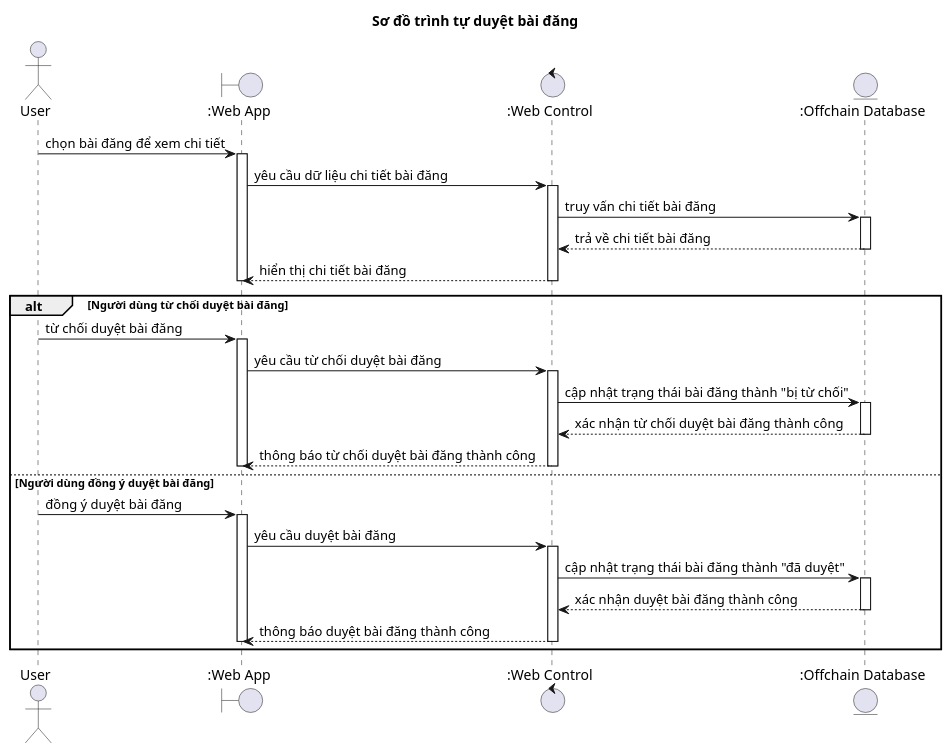
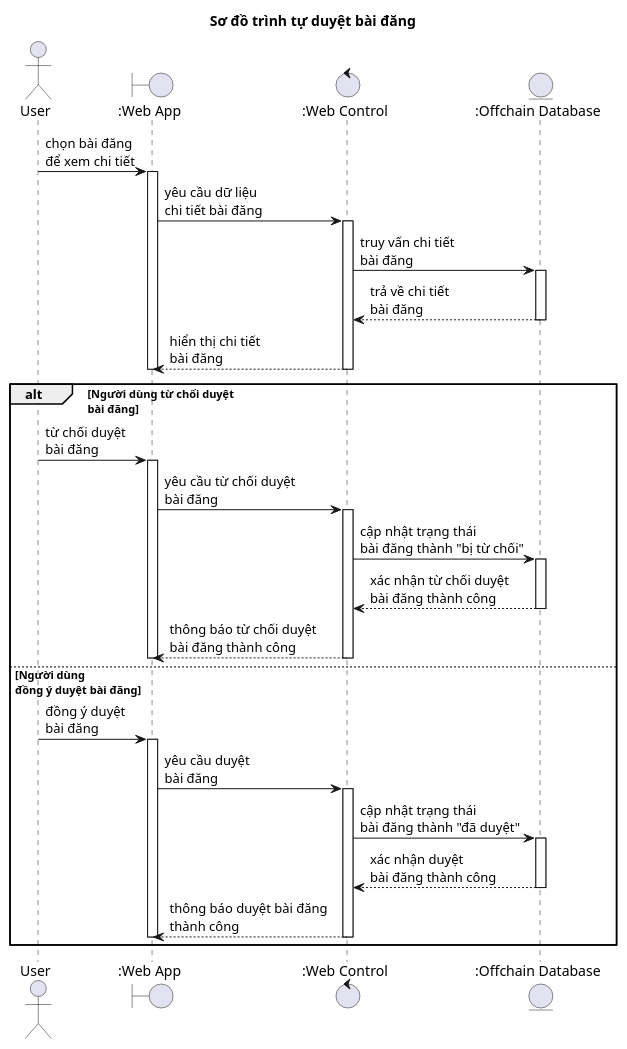
Before and after one commit to nho-moi-so/quan-ly-tim-kiem-phong-tro: the diagram in diagrams/sequences/admin/duyetbaidang.puml, drawn with PlantUML. The commit also changed 3 other files, not shown here.

```diff
--- a/diagrams/sequences/admin/duyetbaidang.puml
+++ b/diagrams/sequences/admin/duyetbaidang.puml
@@ -1,46 +1,46 @@
 @startuml duyetbaidang-sequence-diagram
 title "Sơ đồ trình tự duyệt bài đăng"
 actor User as User
 boundary ":Web App" as WebApp
 control ":Web Control" as Control
 entity ":Offchain Database" as OffchainDatabase
 
 'lay danh sach bai dang chua duyet
 'duyet bai dang -> xem bai dang -> dong y/tu choi
-User -> WebApp: chọn bài đăng để xem chi tiết
+User -> WebApp: chọn bài đăng \nđể xem chi tiết
 activate WebApp
-WebApp -> Control: yêu cầu dữ liệu chi tiết bài đăng
+WebApp -> Control: yêu cầu dữ liệu \nchi tiết bài đăng
 activate Control
-Control -> OffchainDatabase: truy vấn chi tiết bài đăng
+Control -> OffchainDatabase: truy vấn chi tiết \nbài đăng
 activate OffchainDatabase
-OffchainDatabase --> Control: trả về chi tiết bài đăng
+OffchainDatabase --> Control: trả về chi tiết \nbài đăng
 deactivate OffchainDatabase
-Control --> WebApp: hiển thị chi tiết bài đăng
+Control --> WebApp: hiển thị chi tiết \nbài đăng
 deactivate Control
 deactivate WebApp
-alt Người dùng từ chối duyệt bài đăng
-    User -> WebApp: từ chối duyệt bài đăng
+alt Người dùng từ chối duyệt \nbài đăng
+    User -> WebApp: từ chối duyệt \nbài đăng
     activate WebApp
-    WebApp -> Control: yêu cầu từ chối duyệt bài đăng
+    WebApp -> Control: yêu cầu từ chối duyệt \nbài đăng
     activate Control
-    Control -> OffchainDatabase: cập nhật trạng thái bài đăng thành "bị từ chối"
+    Control -> OffchainDatabase: cập nhật trạng thái \nbài đăng thành "bị từ chối"
     activate OffchainDatabase
-    OffchainDatabase --> Control: xác nhận từ chối duyệt bài đăng thành công
+    OffchainDatabase --> Control: xác nhận từ chối duyệt \nbài đăng thành công
     deactivate OffchainDatabase
-    Control --> WebApp: thông báo từ chối duyệt bài đăng thành công
+    Control --> WebApp: thông báo từ chối duyệt \nbài đăng thành công
     deactivate Control
     deactivate WebApp
-else Người dùng đồng ý duyệt bài đăng
-    User -> WebApp: đồng ý duyệt bài đăng
+else Người dùng \nđồng ý duyệt bài đăng
+    User -> WebApp: đồng ý duyệt \nbài đăng
     activate WebApp
-    WebApp -> Control: yêu cầu duyệt bài đăng
+    WebApp -> Control: yêu cầu duyệt \nbài đăng
     activate Control
-    Control -> OffchainDatabase: cập nhật trạng thái bài đăng thành "đã duyệt"
+    Control -> OffchainDatabase: cập nhật trạng thái \nbài đăng thành "đã duyệt"
     activate OffchainDatabase
-    OffchainDatabase --> Control: xác nhận duyệt bài đăng thành công
+    OffchainDatabase --> Control: xác nhận duyệt \nbài đăng thành công
     deactivate OffchainDatabase
-    Control --> WebApp: thông báo duyệt bài đăng thành công
+    Control --> WebApp: thông báo duyệt bài đăng \nthành công
     deactivate Control
     deactivate WebApp
 end
 @enduml
```
